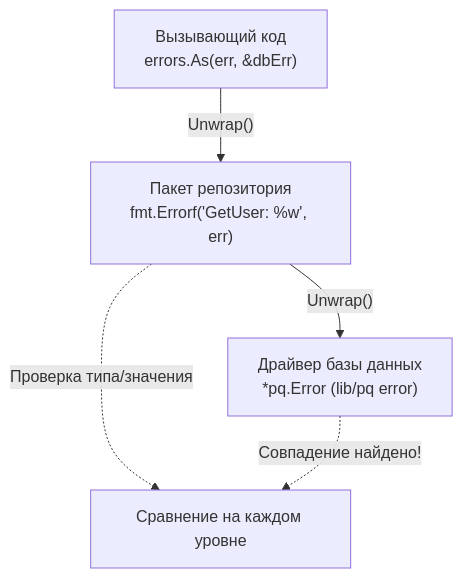
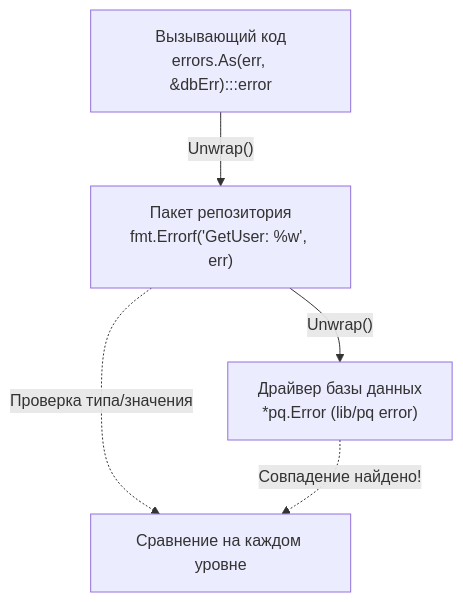
Before and after one commit to UnrealTemplier/go-textbook: the fourth of 4 diagrams in sources/6. Стандартная библиотека Go/3. errors. Создание, оборачивание и сравнение ошибок.md, drawn with Mermaid. The commit also changed other lines of this file and 1666 other files, not shown here.

First line of the commit message:
feat(mermaid): add semantic color classDef to 1369 colorless flowchart/graph diagrams

````diff
--- a/sources/6. Стандартная библиотека Go/3. errors. Создание, оборачивание и сравнение ошибок.md
+++ b/sources/6. Стандартная библиотека Go/3. errors. Создание, оборачивание и сравнение ошибок.md
@@ -182,8 +212,18 @@
 ```mermaid
 flowchart TD
-    A["Вызывающий код<br>errors.As(err, &dbErr)"] -->|"Unwrap()"| B["Пакет репозитория<br>fmt.Errorf('GetUser: %w', err)"]
+    classDef process  fill:#1e293b,stroke:#38bdf8,stroke-width:1px,color:#f8fafc
+    classDef success  fill:#064e3b,stroke:#34d399,stroke-width:1px,color:#f8fafc
+    classDef error    fill:#7f1d1d,stroke:#f87171,stroke-width:1px,color:#f8fafc
+    classDef warning  fill:#78350f,stroke:#fbbf24,stroke-width:1px,color:#f8fafc
+    classDef entry    fill:#1e3a5f,stroke:#38bdf8,stroke-width:2px,color:#f8fafc
+    classDef aux      fill:#334155,stroke:#64748b,stroke-width:1px,color:#f8fafc
+    classDef system   fill:#312e81,stroke:#a78bfa,stroke-width:1px,color:#f8fafc
+    classDef data     fill:#132d29,stroke:#2dd4bf,stroke-width:1px,color:#f8fafc
+    classDef network  fill:#881337,stroke:#fb7185,stroke-width:1px,color:#f8fafc
+    classDef accent   fill:#1e1b4b,stroke:#818cf8,stroke-width:1px,color:#f8fafc
+    A["Вызывающий код<br>errors.As(err, &dbErr):::error"] -->|"Unwrap()"| B["Пакет репозитория<br>fmt.Errorf('GetUser: %w', err)"]
     B -->|"Unwrap()"| C["Драйвер базы данных<br>*pq.Error (lib/pq error)"]
     
     B -.->|"Проверка типа/значения"| Check["Сравнение на каждом уровне"]
     C -.->|"Совпадение найдено!"| Check
 ```
````
